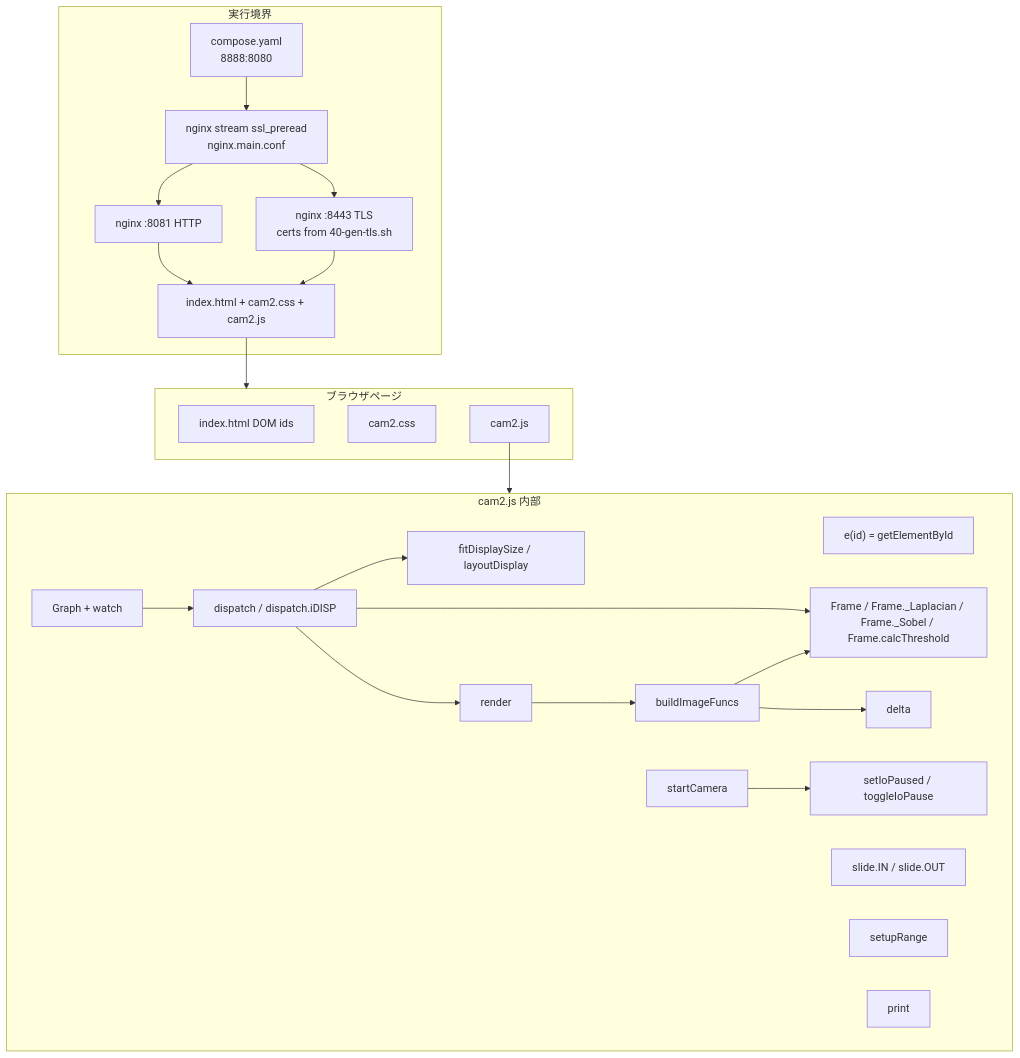
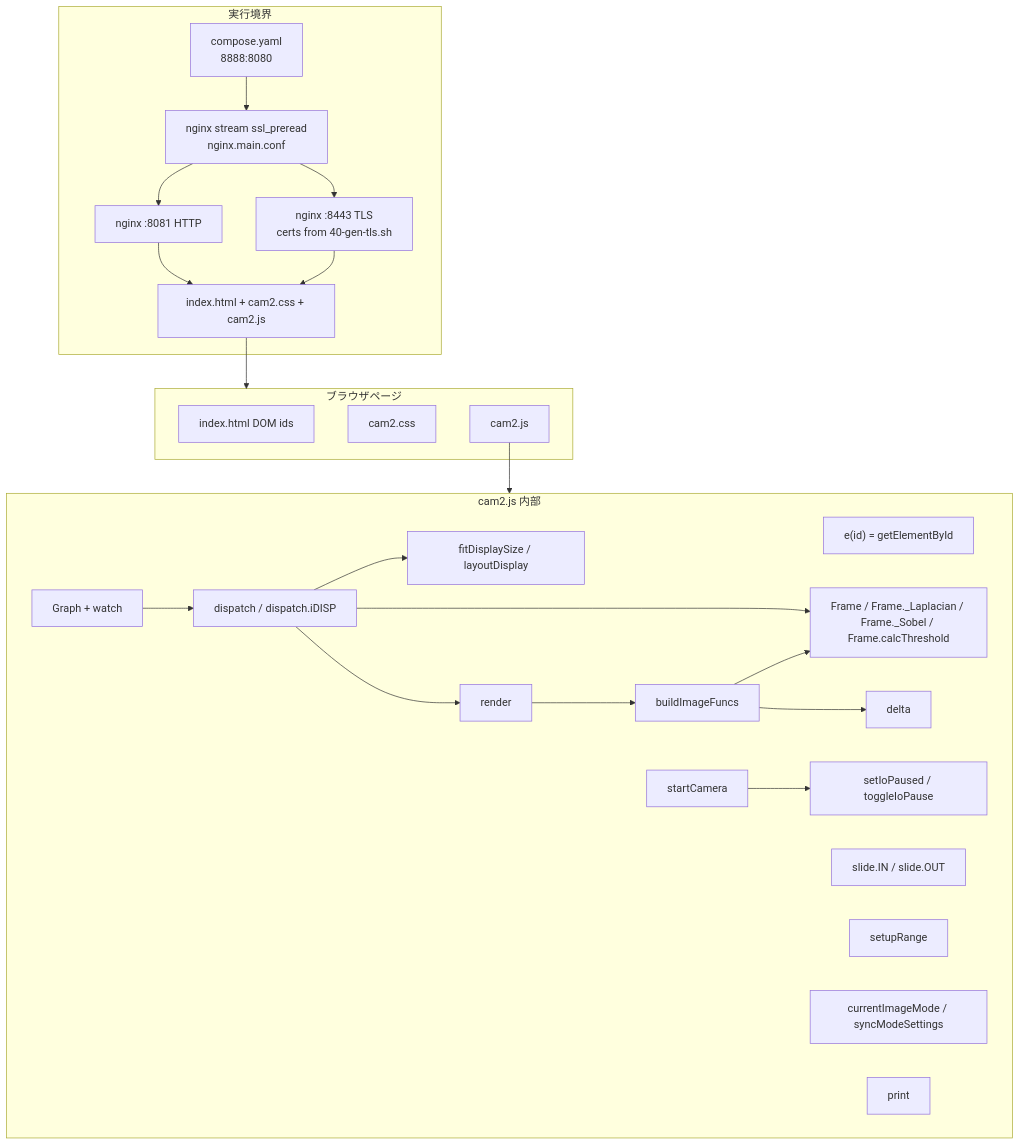
One commit to mfujimoto-code/JSCam changed the first of 4 diagrams in jscam/cam2-design.md. Above: the diagram before and after it, drawn with Mermaid. The commit also changed other lines of this file and 3 other files, not shown here.

````diff
--- a/jscam/cam2-design.md
+++ b/jscam/cam2-design.md
@@ -136,49 +139,50 @@
 ```mermaid
 flowchart TB
   subgraph Runtime["実行境界"]
     Compose["compose.yaml<br/>8888:8080"]
     Stream["nginx stream ssl_preread<br/>nginx.main.conf"]
     HTTP["nginx :8081 HTTP"]
     TLS["nginx :8443 TLS<br/>certs from 40-gen-tls.sh"]
     Static["index.html + cam2.css + cam2.js"]
     Compose --> Stream
     Stream --> HTTP
     Stream --> TLS
     HTTP --> Static
     TLS --> Static
   end
 
   subgraph Page["ブラウザページ"]
     HTML["index.html DOM ids"]
     CSS["cam2.css"]
     JS["cam2.js"]
   end
 
   Static --> Page
 
   subgraph Cam2["cam2.js 内部"]
     eFn["e(id) = getElementById"]
     FrameM["Frame / Frame._Laplacian / Frame._Sobel / Frame.calcThreshold"]
     Build["buildImageFuncs"]
     Delta["delta"]
     Render["render"]
     Layout["fitDisplaySize / layoutDisplay"]
     Disp["dispatch / dispatch.iDISP"]
     GraphM["Graph + watch"]
     Slide["slide.IN / slide.OUT"]
     Range["setupRange"]
+    ModeUI["currentImageMode / syncModeSettings"]
     Pause["setIoPaused / toggleIoPause"]
     Cam["startCamera"]
     Print["print"]
   end
 
   JS --> Cam2
   Disp --> Layout
   Disp --> Render
   Render --> Build
   Build --> FrameM
   Build --> Delta
   Disp --> FrameM
   Cam --> Pause
   GraphM --> Disp
 ```
````
